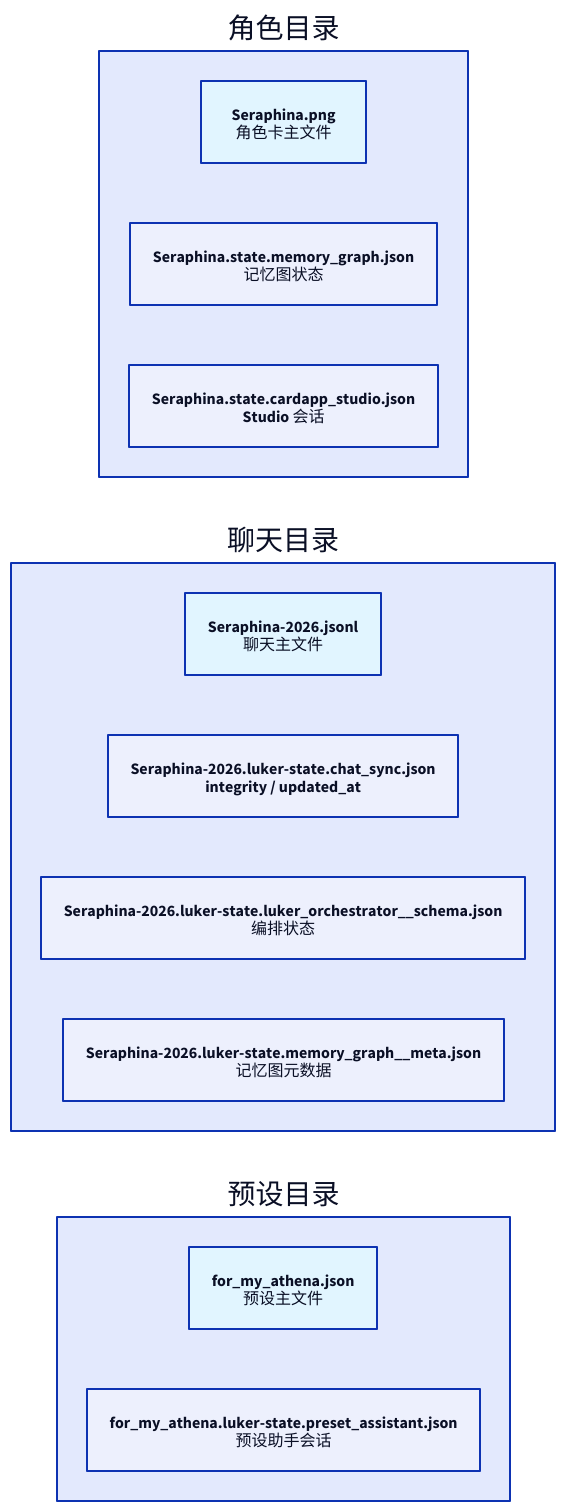
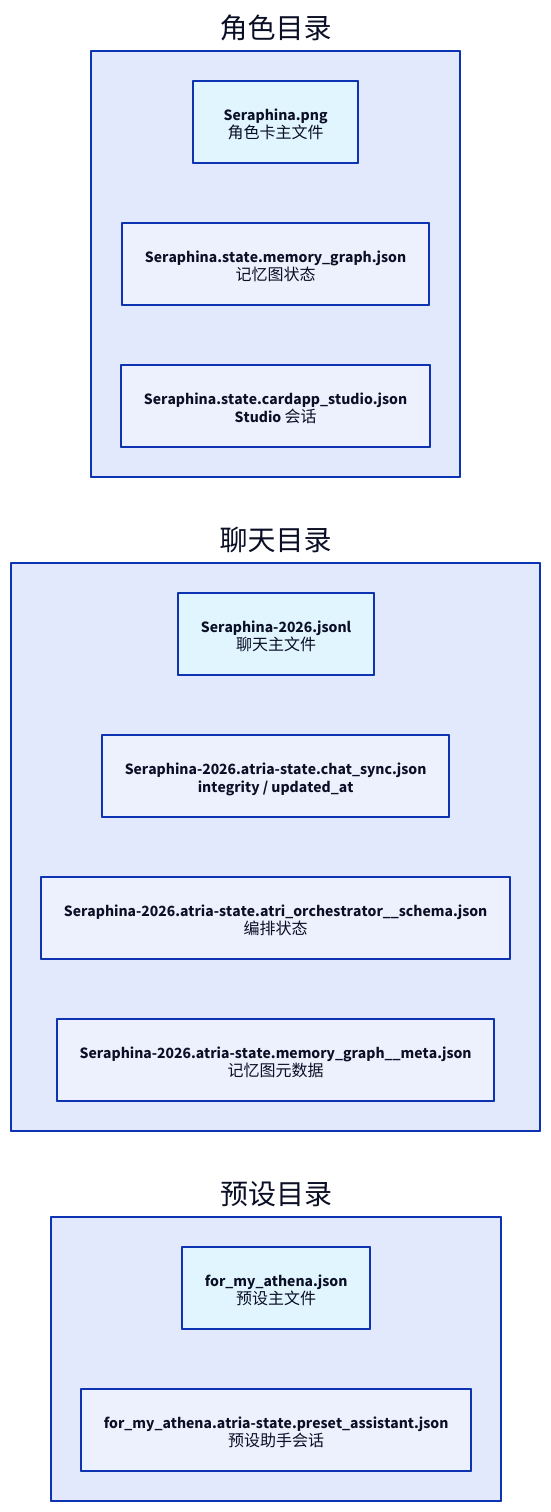
One commit to ZZZdragondYNGPHX/Atria changed the diagram in docs/zh-CN/features/state-system.md. Above: the diagram before and after it, drawn with D2. The commit also changed other lines of this file and 1235 other files, not shown here.

````diff
--- a/docs/zh-CN/features/state-system.md
+++ b/docs/zh-CN/features/state-system.md
@@ -56,27 +56,27 @@
 ```d2
 direction: right
 
 CHAR: "角色目录" {
   CHAR_MAIN: "Seraphina.png\n角色卡主文件" {
     style.fill: "#e1f5ff"
   }
   CHAR_S1: "Seraphina.state.memory_graph.json\n记忆图状态"
   CHAR_S2: "Seraphina.state.cardapp_studio.json\nStudio 会话"
 }
 
 CHAT: "聊天目录" {
   CHAT_MAIN: "Seraphina-2026.jsonl\n聊天主文件" {
     style.fill: "#e1f5ff"
   }
-  CHAT_S1: "Seraphina-2026.luker-state.chat_sync.json\nintegrity / updated_at"
-  CHAT_S2: "Seraphina-2026.luker-state.luker_orchestrator__schema.json\n编排状态"
-  CHAT_S3: "Seraphina-2026.luker-state.memory_graph__meta.json\n记忆图元数据"
+  CHAT_S1: "Seraphina-2026.atria-state.chat_sync.json\nintegrity / updated_at"
+  CHAT_S2: "Seraphina-2026.atria-state.atri_orchestrator__schema.json\n编排状态"
+  CHAT_S3: "Seraphina-2026.atria-state.memory_graph__meta.json\n记忆图元数据"
 }
 
 PRESET: "预设目录" {
   P_MAIN: "for_my_athena.json\n预设主文件" {
     style.fill: "#e1f5ff"
   }
-  P_S1: "for_my_athena.luker-state.preset_assistant.json\n预设助手会话"
+  P_S1: "for_my_athena.atria-state.preset_assistant.json\n预设助手会话"
 }
 ```
````
